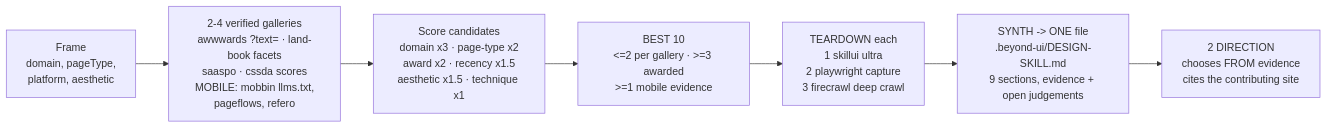
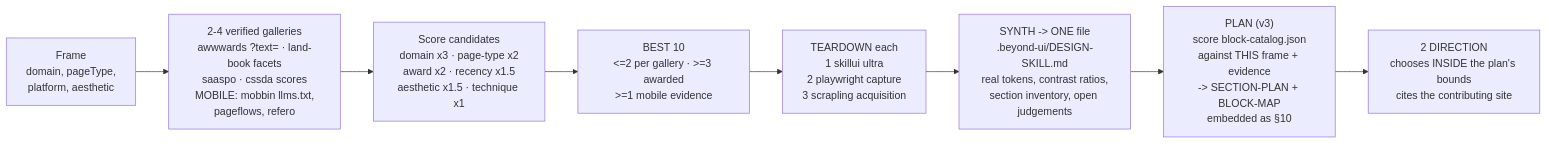
Before and after one commit to Jeetaksh25/AgentSkills: the third of 6 diagrams in beyond-ui/README.md, drawn with Mermaid. The commit also changed other lines of this file and 24 other files, not shown here.

Commit message:
added scrapling tool instead of firecrawl and overall improved Beyond UI

````diff
--- a/beyond-ui/README.md
+++ b/beyond-ui/README.md
@@ -161,9 +174,10 @@
 ```mermaid
 flowchart LR
     F["Frame<br/>domain, pageType,<br/>platform, aesthetic"] --> G2["2-4 verified galleries<br/>awwwards ?text= · land-book facets<br/>saaspo · cssda scores<br/>MOBILE: mobbin llms.txt,<br/>pageflows, refero"]
     G2 --> SC["Score candidates<br/>domain x3 · page-type x2<br/>award x2 · recency x1.5<br/>aesthetic x1.5 · technique x1"]
     SC --> TOP10["BEST 10<br/><=2 per gallery · >=3 awarded<br/>>=1 mobile evidence"]
-    TOP10 --> TD["TEARDOWN each<br/>1 skillui ultra<br/>2 playwright capture<br/>3 firecrawl deep crawl"]
-    TD --> SYN["SYNTH -> ONE file<br/>.beyond-ui/DESIGN-SKILL.md<br/>9 sections, evidence + open judgements"]
-    SYN --> DIR["2 DIRECTION<br/>chooses FROM evidence<br/>cites the contributing site"]
+    TOP10 --> TD["TEARDOWN each<br/>1 skillui ultra<br/>2 playwright capture<br/>3 scrapling acquisition"]
+    TD --> SYN["SYNTH -> ONE file<br/>.beyond-ui/DESIGN-SKILL.md<br/>real tokens, contrast ratios,<br/>section inventory, open judgements"]
+    SYN --> PLN["PLAN (v3)<br/>score block-catalog.json<br/>against THIS frame + evidence<br/>-> SECTION-PLAN + BLOCK-MAP<br/>embedded as §10"]
+    PLN --> DIR["2 DIRECTION<br/>chooses INSIDE the plan's bounds<br/>cites the contributing site"]
 ```
````
